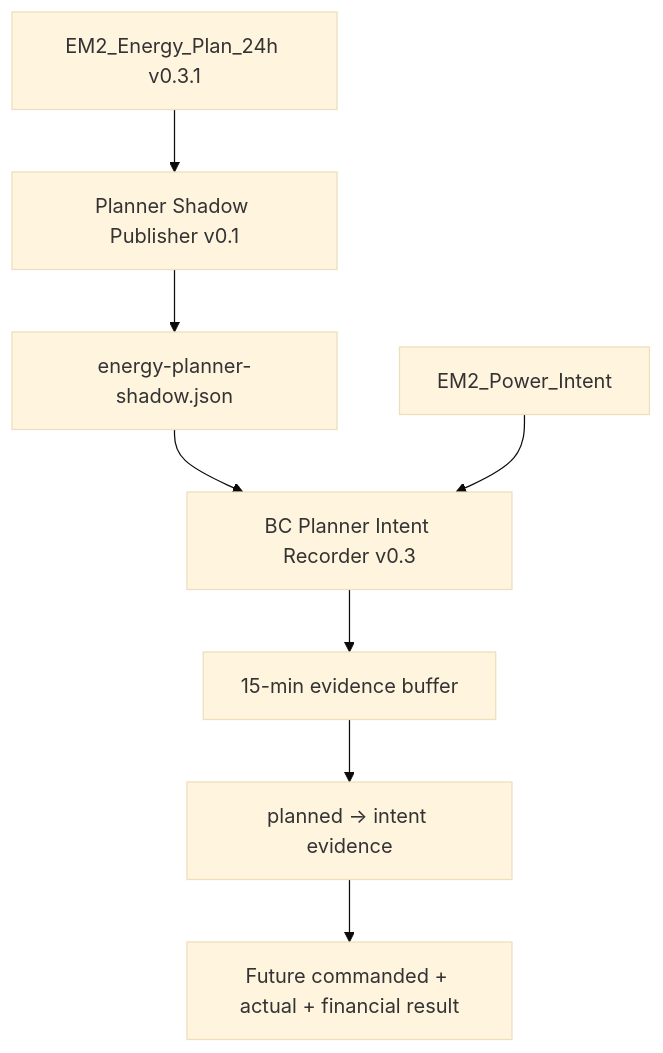
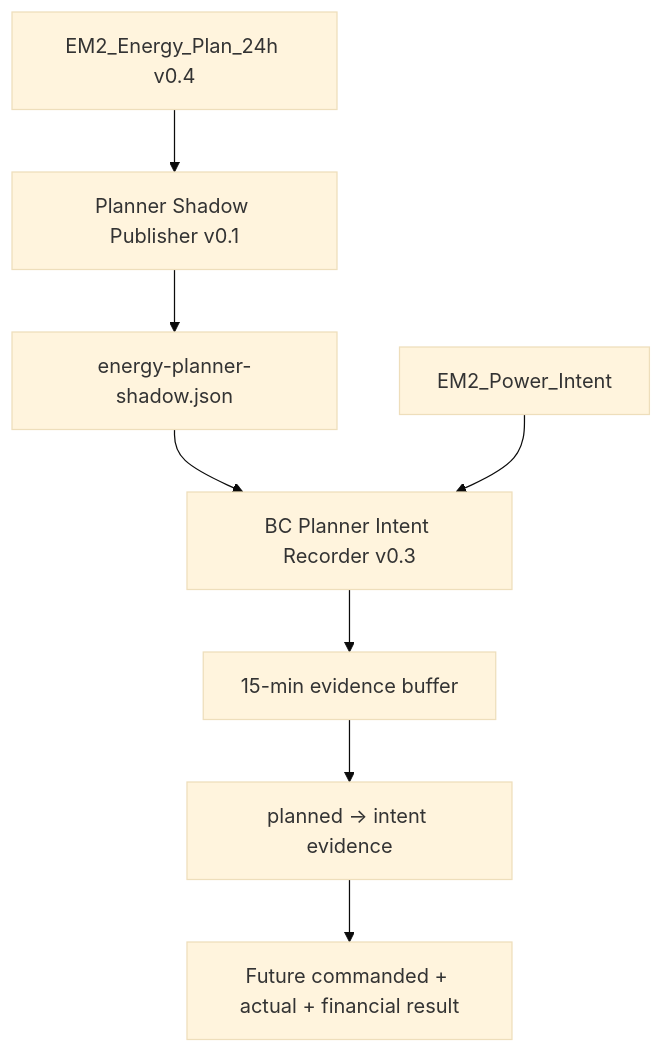
Before and after one commit to OnsKasteeltje/homey-energy-manual: the third of 9 diagrams in docs/software-architecture/flows/planner-power-intent-flow.md, drawn with Mermaid (base theme). The commit also changed other lines of this file, not shown here.

Commit message:
docs: align planner flow with weather-aware v0.4 and PV-only opportunity

````diff
--- a/docs/software-architecture/flows/planner-power-intent-flow.md
+++ b/docs/software-architecture/flows/planner-power-intent-flow.md
@@ -143,10 +139,10 @@
 ```mermaid
 flowchart TD
-    A[EM2_Energy_Plan_24h v0.3.1] --> B[Planner Shadow Publisher v0.1]
+    A[EM2_Energy_Plan_24h v0.4] --> B[Planner Shadow Publisher v0.1]
     B --> C[energy-planner-shadow.json]
     C --> D[BC Planner Intent Recorder v0.3]
     E[EM2_Power_Intent] --> D
     D --> F[15-min evidence buffer]
     F --> G[planned -> intent evidence]
     G --> H[Future commanded + actual + financial result]
 ```
````
